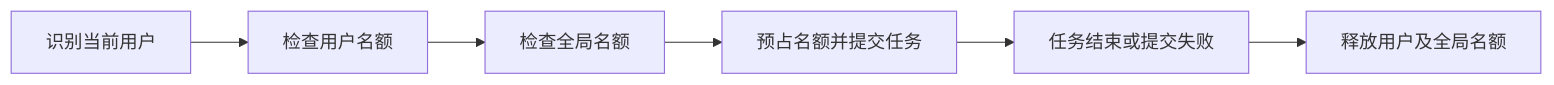
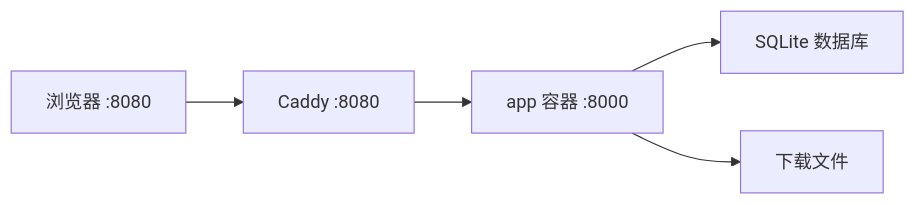
Before and after one commit to qhanqing98-cyber/dyonline: the first of 2 diagrams in README.md, drawn with Mermaid. The commit also changed other lines of this file, not shown here.

````diff
--- a/README.md
+++ b/README.md
@@ -259,8 +63,7 @@
 ```mermaid
 flowchart LR
-    A[识别当前用户] --> B[检查用户名额]
-    B --> C[检查全局名额]
-    C --> D[预占名额并提交任务]
-    D --> E[任务结束或提交失败]
-    E --> F[释放用户及全局名额]
+    浏览器[浏览器 :8080] --> Caddy[Caddy :8080]
+    Caddy --> app[app 容器 :8000]
+    app --> SQLite[SQLite 数据库]
+    app --> 文件[下载文件]
 ```
````
